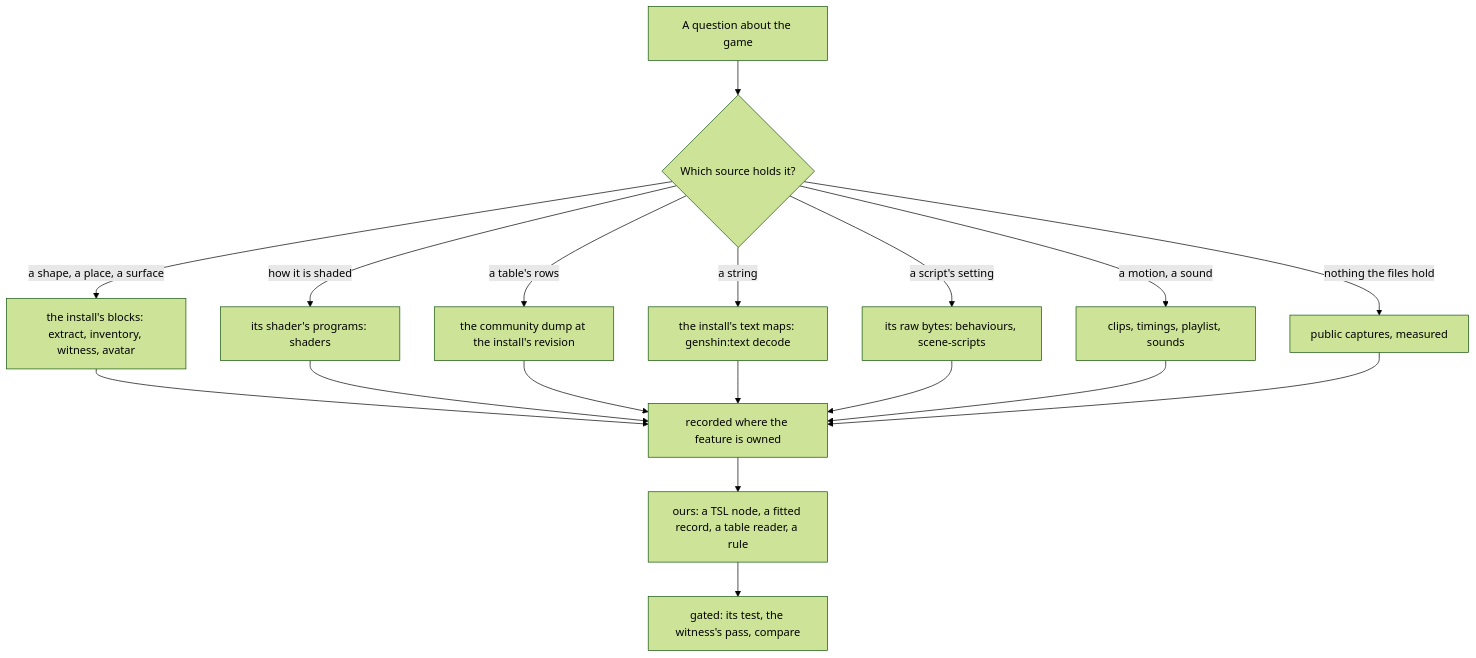
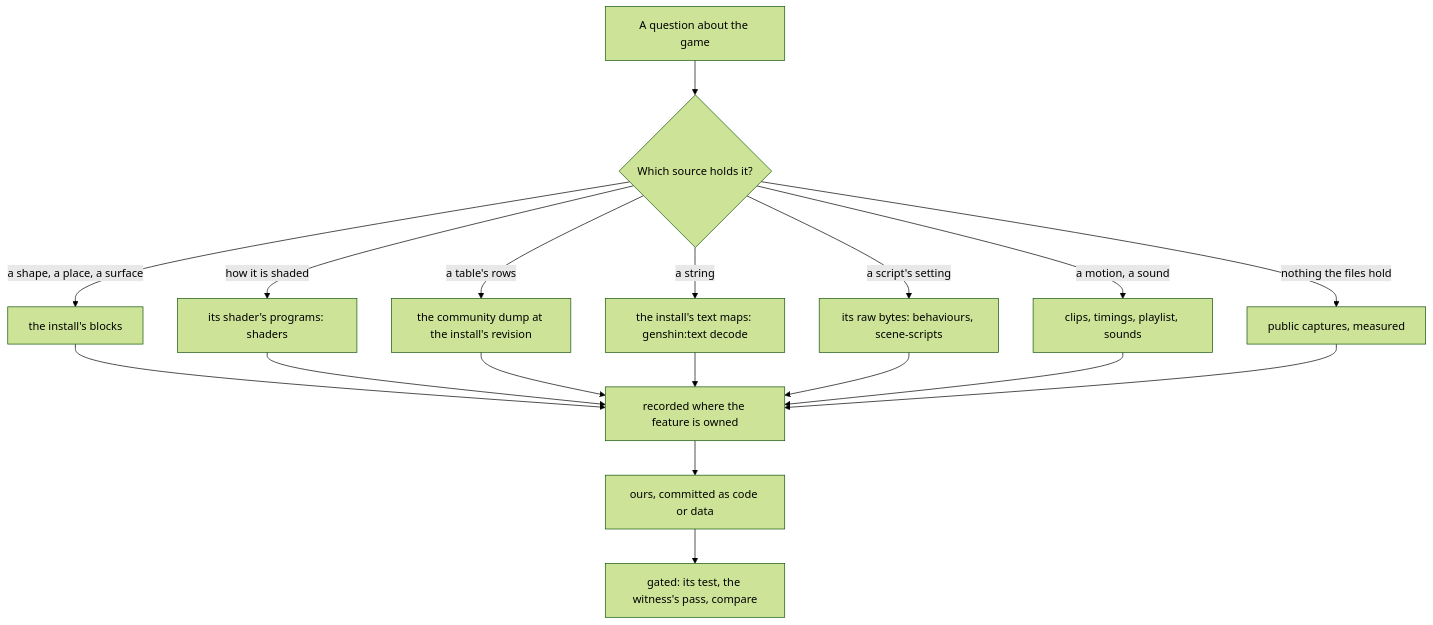
One commit to Esposter/Esposter changed the diagram in openspec/specs/genshin/game-reading/design.md. Above: the diagram before and after it, drawn with Mermaid (forest theme). The commit also changed other lines of this file and 6 other files, not shown here.

````diff
--- a/openspec/specs/genshin/game-reading/design.md
+++ b/openspec/specs/genshin/game-reading/design.md
@@ -53,14 +53,14 @@
 ```mermaid
 flowchart TD
   Q[A question about the game] --> S{Which source holds it?}
-  S -->|"a shape, a place, a surface"| E["the install's blocks: extract, inventory, witness, avatar"]
+  S -->|"a shape, a place, a surface"| E["the install's blocks"]
   S -->|"how it is shaded"| SH["its shader's programs: shaders"]
   S -->|"a table's rows"| T["the community dump at the install's revision"]
   S -->|"a string"| X["the install's text maps: genshin:text decode"]
   S -->|"a script's setting"| B["its raw bytes: behaviours, scene-scripts"]
   S -->|"a motion, a sound"| C["clips, timings, playlist, sounds"]
   S -->|"nothing the files hold"| M["public captures, measured"]
   E & SH & T & X & B & C & M --> R["recorded where the feature is owned"]
-  R --> O["ours: a TSL node, a fitted record, a table reader, a rule"]
+  R --> O["ours, committed as code or data"]
   O --> G["gated: its test, the witness's pass, compare"]
 ```
````
